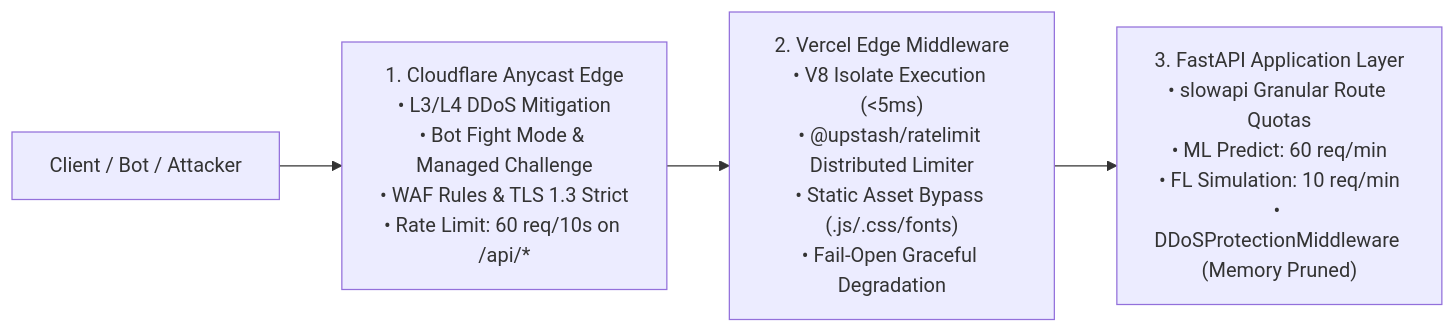
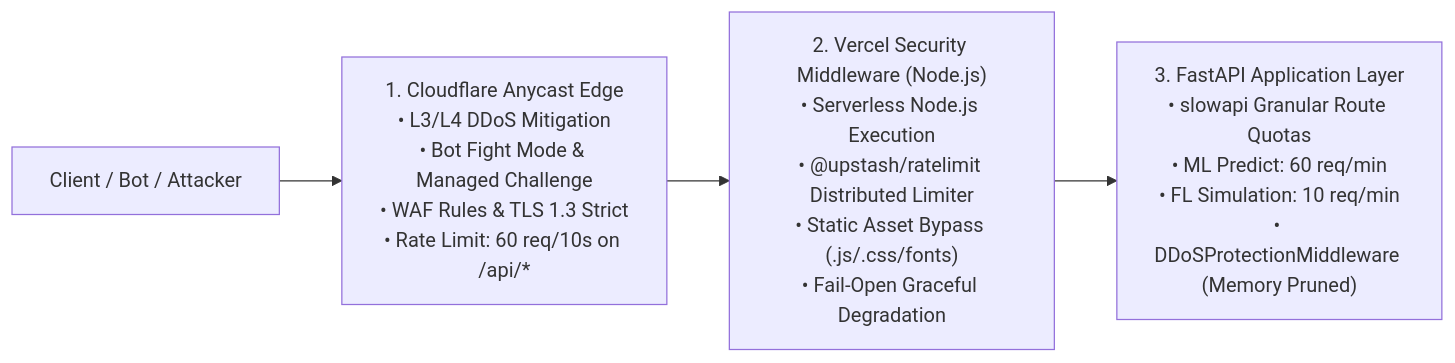
The second of 2 diagrams in docs/system_design.md (yusufcalisir/CF-Intelligence), drawn with Mermaid before and after one commit. The commit also changed other lines of this file and 2 other files, not shown here.

Commit message:
docs: synchronize security controls, sla penalty engine and deployment topology in architecture specifications

````diff
--- a/docs/system_design.md
+++ b/docs/system_design.md
@@ -183,8 +187,8 @@
 ```mermaid
 flowchart LR
     Client["Client / Bot / Attacker"] --> L1["1. Cloudflare Anycast Edge\n• L3/L4 DDoS Mitigation\n• Bot Fight Mode & Managed Challenge\n• WAF Rules & TLS 1.3 Strict\n• Rate Limit: 60 req/10s on /api/*"]
     
-    L1 --> L2["2. Vercel Edge Middleware\n• V8 Isolate Execution (<5ms)\n• @upstash/ratelimit Distributed Limiter\n• Static Asset Bypass (.js/.css/fonts)\n• Fail-Open Graceful Degradation"]
+    L1 --> L2["2. Vercel Security Middleware (Node.js)\n• Serverless Node.js Execution\n• @upstash/ratelimit Distributed Limiter\n• Static Asset Bypass (.js/.css/fonts)\n• Fail-Open Graceful Degradation"]
     
     L2 --> L3["3. FastAPI Application Layer\n• slowapi Granular Route Quotas\n• ML Predict: 60 req/min\n• FL Simulation: 10 req/min\n• DDoSProtectionMiddleware (Memory Pruned)"]
 ```
````
